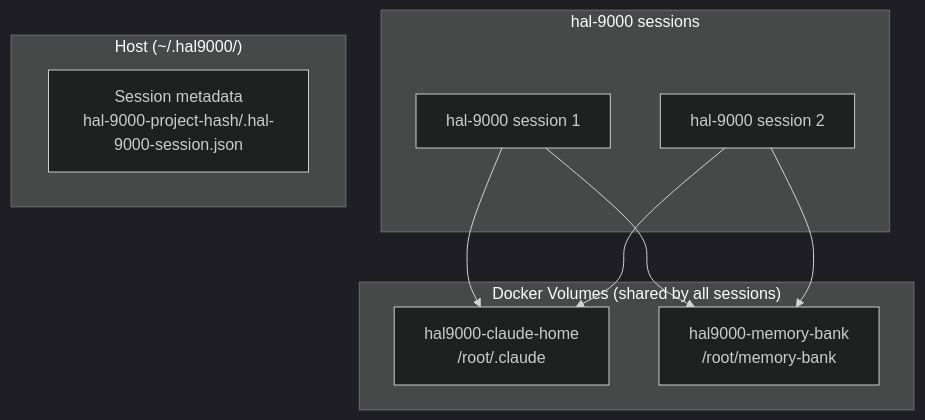
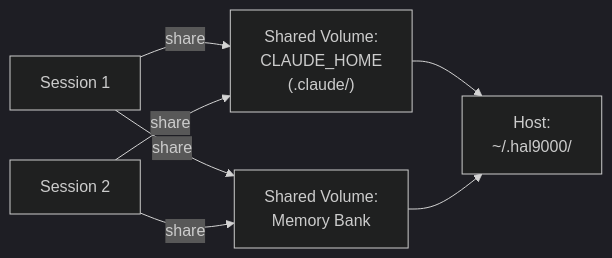
Before and after one commit to Hellblazer/hal-9000: the diagram in README-HAL9000.md, drawn with Mermaid (dark theme). The commit also changed 3 other files, not shown here.

First line of the commit message:
docs: Fix all mermaid diagrams - remove overlapping and improve clarity

````diff
--- a/README-HAL9000.md
+++ b/README-HAL9000.md
@@ -222,21 +222,18 @@
 ```mermaid
-graph TB
-    subgraph Volumes["Docker Volumes (shared by all sessions)"]
-        V1["hal9000-claude-home<br/>/root/.claude"]
-        V2["hal9000-memory-bank<br/>/root/memory-bank"]
-    end
+graph LR
+    S1["Session 1"]
+    S2["Session 2"]
 
-    subgraph Sessions["hal-9000 sessions"]
-        S1["hal-9000 session 1"]
-        S2["hal-9000 session 2"]
-    end
+    V1["Shared Volume:<br/>CLAUDE_HOME<br/>(.claude/)"]
+    V2["Shared Volume:<br/>Memory Bank"]
 
-    subgraph Host["Host (~/.hal9000/)"]
-        Meta["Session metadata<br/>hal-9000-project-hash/.hal-9000-session.json"]
-    end
+    Host["Host:<br/>~/.hal9000/"]
 
-    S1 --> V1
-    S2 --> V1
-    S1 --> V2
-    S2 --> V2
+    S1 -->|share| V1
+    S2 -->|share| V1
+    S1 -->|share| V2
+    S2 -->|share| V2
+
+    V1 --> Host
+    V2 --> Host
 ```
````
